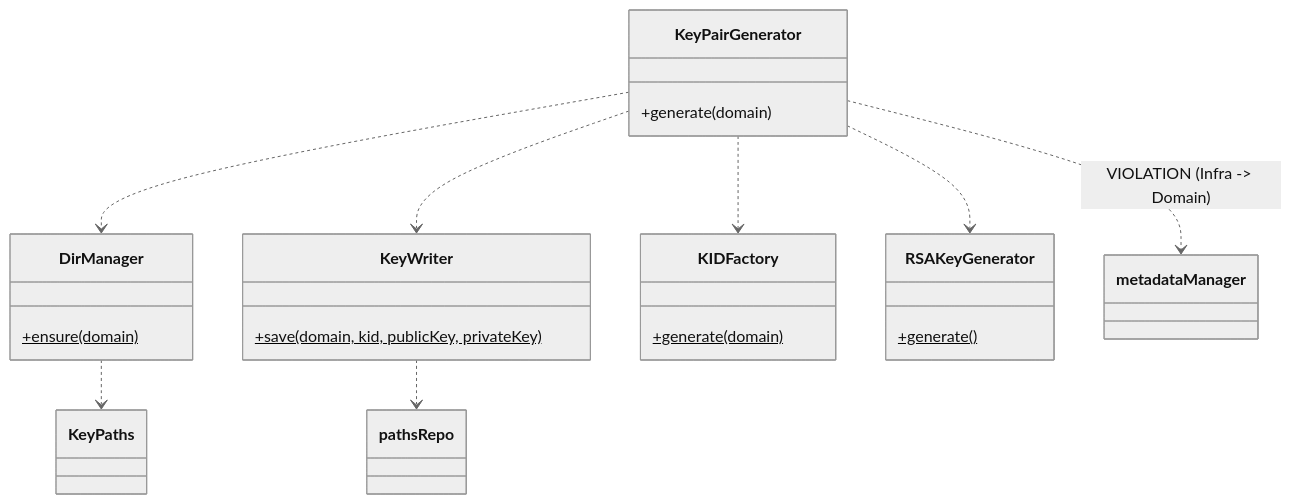
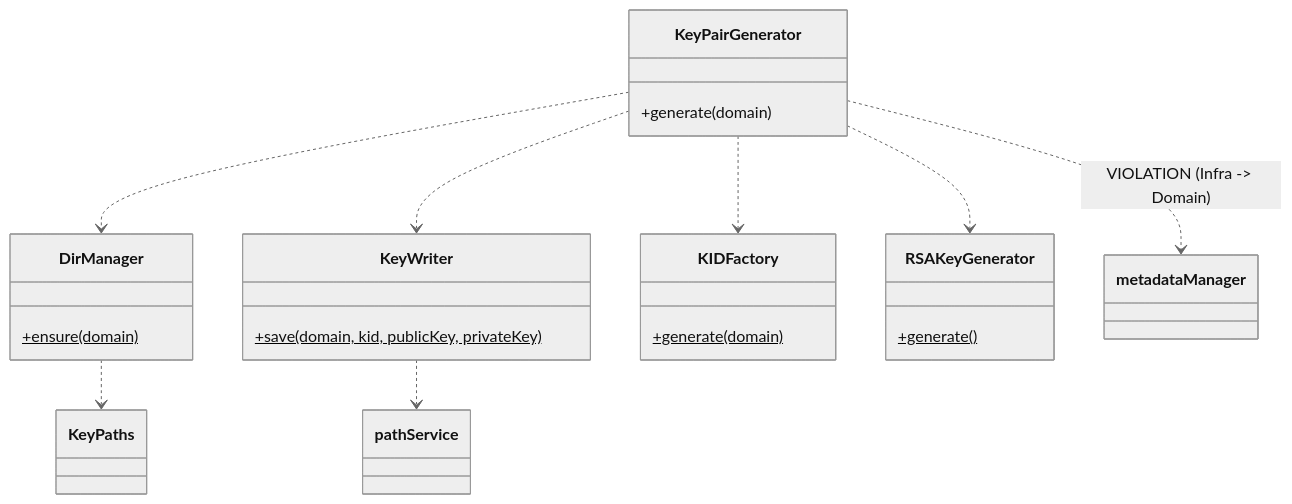
The diagram in docs/generated/infrastructure/crypto/key-generation/structure.md (itsGurdevSingh/vault), drawn with Mermaid (neutral theme) before and after one commit. The commit also changed 17 other files, not shown here.

First line of the commit message:
refactor: rename pathsRepo to pathService and update related references

````diff
--- a/docs/generated/infrastructure/crypto/key-generation/structure.md
+++ b/docs/generated/infrastructure/crypto/key-generation/structure.md
@@ -5,37 +5,37 @@
 ```mermaid
 classDiagram
     classDef domain fill:#e3f2fd,stroke:#1565c0;
     classDef infra fill:#f1f8e9,stroke:#558b2f;
     classDef violation stroke:#ff0000,stroke-width:4px,stroke-dasharray: 5 5;
 
     class KeyPairGenerator:::infra {
         +generate(domain)
     }
     class DirManager:::infra {
         +ensure(domain)$
     }
     class KeyWriter:::infra {
         +save(domain, kid, publicKey, privateKey)$
     }
     class KIDFactory:::infra {
         +generate(domain)$
     }
     class RSAKeyGenerator:::infra {
         +generate()$
     }
     class metadataManager:::domain {
     }
     class KeyPaths:::infra {
     }
-    class pathsRepo:::infra {
+    class pathService:::infra {
     }
 
     KeyPairGenerator ..> DirManager
     KeyPairGenerator ..> KIDFactory
     KeyPairGenerator ..> RSAKeyGenerator
     KeyPairGenerator ..> KeyWriter
     KeyPairGenerator ..> metadataManager : VIOLATION (Infra -> Domain)
 
     DirManager ..> KeyPaths
-    KeyWriter ..> pathsRepo
+    KeyWriter ..> pathService
 ```
````
